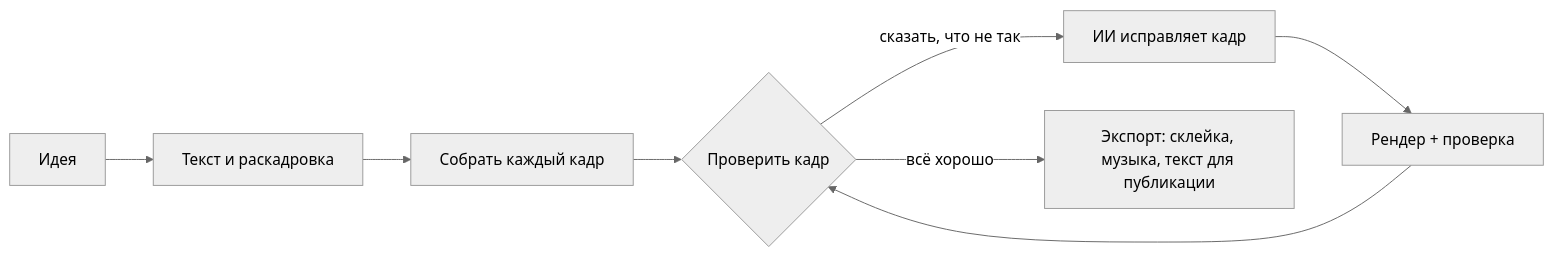
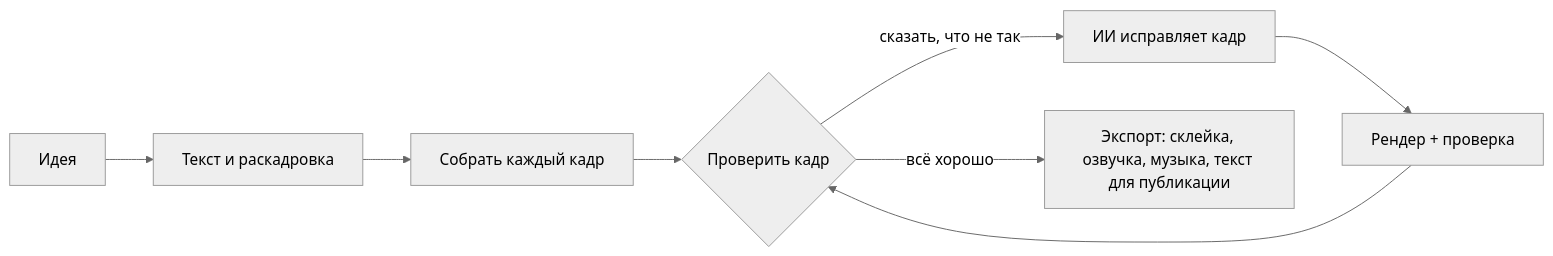
Before and after one commit to chihyungchang/Shotloop: the diagram in README.ru.md, drawn with Mermaid (neutral theme). The commit also changed other lines of this file and 161 other files, not shown here.

````diff
--- a/README.ru.md
+++ b/README.ru.md
@@ -109,8 +109,8 @@
 ```mermaid
 flowchart LR
   A[Идея] --> B[Текст и раскадровка]
   B --> C[Собрать каждый кадр]
   C --> D{Проверить кадр}
   D -- "сказать, что не так" --> E[ИИ исправляет кадр] --> F[Рендер + проверка] --> D
-  D -- всё хорошо --> G[Экспорт: склейка, музыка, текст для публикации]
+  D -- всё хорошо --> G[Экспорт: склейка, озвучка, музыка, текст для публикации]
 ```
````
